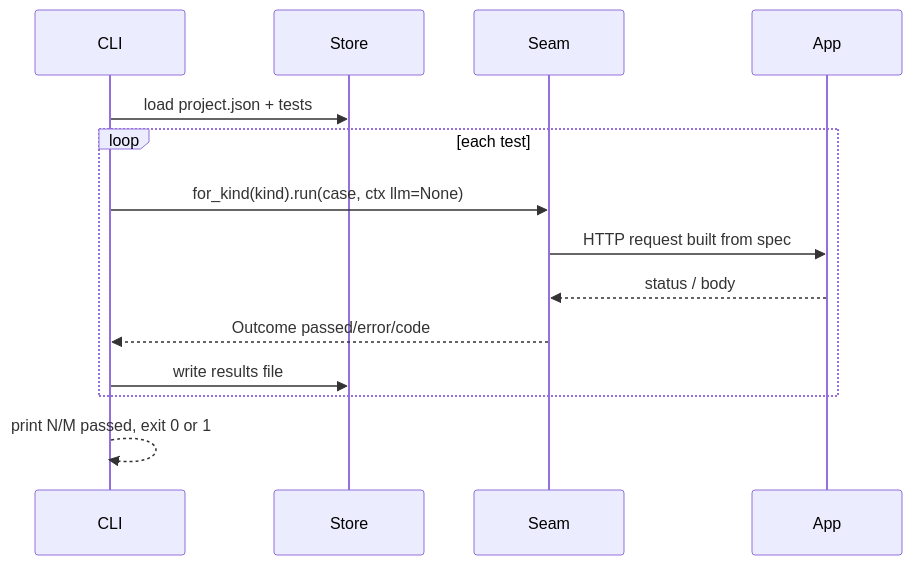
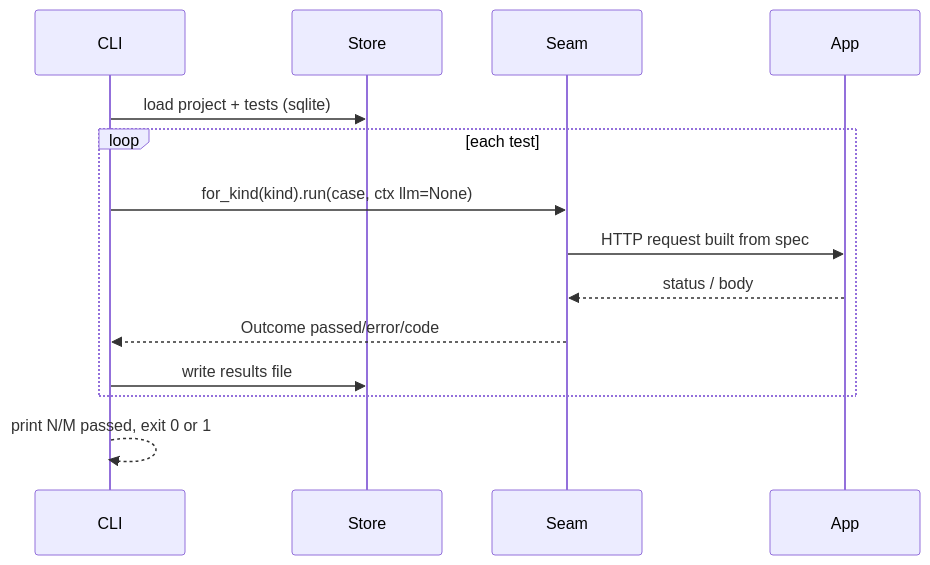
The third of 3 diagrams in docs/FLOW.md (Miasin-Labs/testsprite-rs), drawn with Mermaid before and after one commit. The commit also changed other lines of this file and 9 other files, not shown here.

First line of the commit message:
feat(agent): conversational test agent over the SQLite pipeline (MCP + CLI)

````diff
--- a/docs/FLOW.md
+++ b/docs/FLOW.md
@@ -55,16 +59,16 @@
 ```mermaid
 sequenceDiagram
   participant CLI
   participant Store
   participant Seam
   participant App
-  CLI->>Store: load project.json + tests
+  CLI->>Store: load project + tests (sqlite)
   loop each test
     CLI->>Seam: for_kind(kind).run(case, ctx llm=None)
     Seam->>App: HTTP request built from spec
     App-->>Seam: status / body
     Seam-->>CLI: Outcome passed/error/code
     CLI->>Store: write results file
   end
   CLI-->>CLI: print N/M passed, exit 0 or 1
 ```
````
